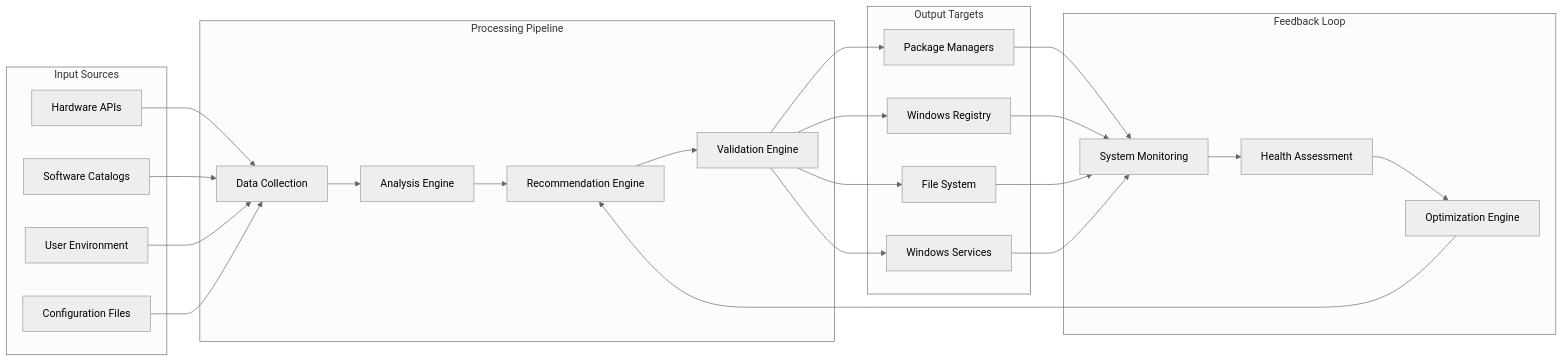
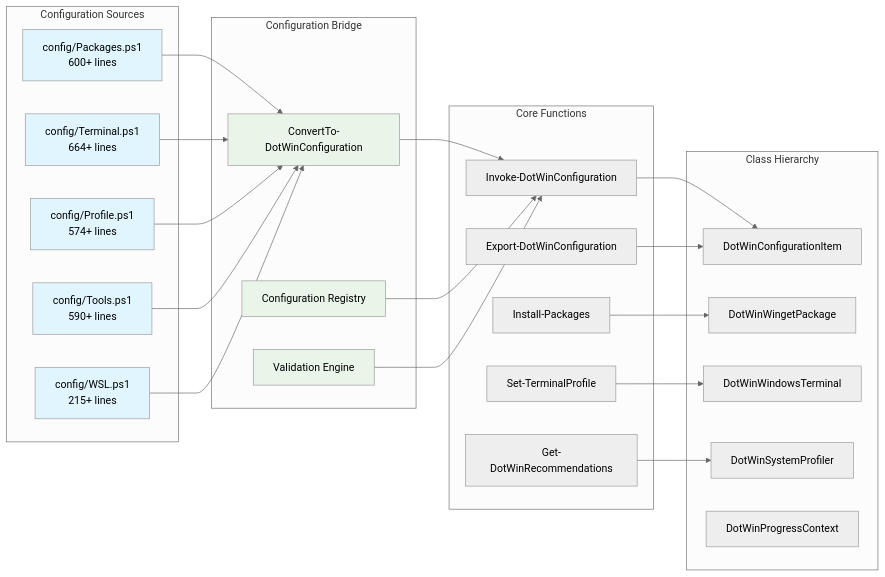
One commit to albedosehen/dot-win changed the second of 14 diagrams in docs/Architecture.md. Above: the diagram before and after it, drawn with Mermaid (neutral theme). The commit also changed other lines of this file and 69 other files, not shown here.

Commit message:
Bridge DotWin configuration management and config files

````diff
--- a/docs/Architecture.md
+++ b/docs/Architecture.md
@@ -146,52 +80,57 @@
 ```mermaid
 graph LR
-    subgraph "Input Sources"
-        HW[Hardware APIs]
-        SW[Software Catalogs]
-        USER[User Environment]
-        CONFIG[Configuration Files]
+    subgraph "Configuration Sources"
+        A1[config/Packages.ps1<br/>600+ lines]
+        A2[config/Terminal.ps1<br/>664+ lines]
+        A3[config/Profile.ps1<br/>574+ lines]
+        A4[config/Tools.ps1<br/>590+ lines]
+        A5[config/WSL.ps1<br/>215+ lines]
     end
     
-    subgraph "Processing Pipeline"
-        COLLECT[Data Collection]
-        ANALYZE[Analysis Engine]
-        RECOMMEND[Recommendation Engine]
-        VALIDATE[Validation Engine]
+    subgraph "Configuration Bridge"
+        B1[ConvertTo-DotWinConfiguration]
+        B2[Configuration Registry]
+        B3[Validation Engine]
     end
     
-    subgraph "Output Targets"
-        PACKAGES[Package Managers]
-        REGISTRY[Windows Registry]
-        FILES[File System]
-        SERVICES[Windows Services]
+    subgraph "Core Functions"
+        C1[Invoke-DotWinConfiguration]
+        C2[Install-Packages]
+        C3[Set-TerminalProfile]
+        C4[Get-DotWinRecommendations]
+        C5[Export-DotWinConfiguration]
     end
     
-    subgraph "Feedback Loop"
-        MONITOR[System Monitoring]
-        HEALTH[Health Assessment]
-        OPTIMIZE[Optimization Engine]
+    subgraph "Class Hierarchy"
+        D1[DotWinConfigurationItem]
+        D2[DotWinWingetPackage]
+        D3[DotWinWindowsTerminal]
+        D4[DotWinSystemProfiler]
+        D5[DotWinProgressContext]
     end
     
-    HW --> COLLECT
-    SW --> COLLECT
-    USER --> COLLECT
-    CONFIG --> COLLECT
+    A1 --> B1
+    A2 --> B1
+    A3 --> B1
+    A4 --> B1
+    A5 --> B1
     
-    COLLECT --> ANALYZE
-    ANALYZE --> RECOMMEND
-    RECOMMEND --> VALIDATE
+    B1 --> C1
+    B2 --> C1
+    B3 --> C1
     
-    VALIDATE --> PACKAGES
-    VALIDATE --> REGISTRY
-    VALIDATE --> FILES
-    VALIDATE --> SERVICES
+    C1 --> D1
+    C2 --> D2
+    C3 --> D3
+    C4 --> D4
+    C5 --> D1
     
-    PACKAGES --> MONITOR
-    REGISTRY --> MONITOR
-    FILES --> MONITOR
-    SERVICES --> MONITOR
-    
-    MONITOR --> HEALTH
-    HEALTH --> OPTIMIZE
-    OPTIMIZE --> RECOMMEND
+    style A1 fill:#e1f5fe
+    style A2 fill:#e1f5fe
+    style A3 fill:#e1f5fe
+    style A4 fill:#e1f5fe
+    style A5 fill:#e1f5fe
+    style B1 fill:#e8f5e8
+    style B2 fill:#e8f5e8
+    style B3 fill:#e8f5e8
 ```
````
